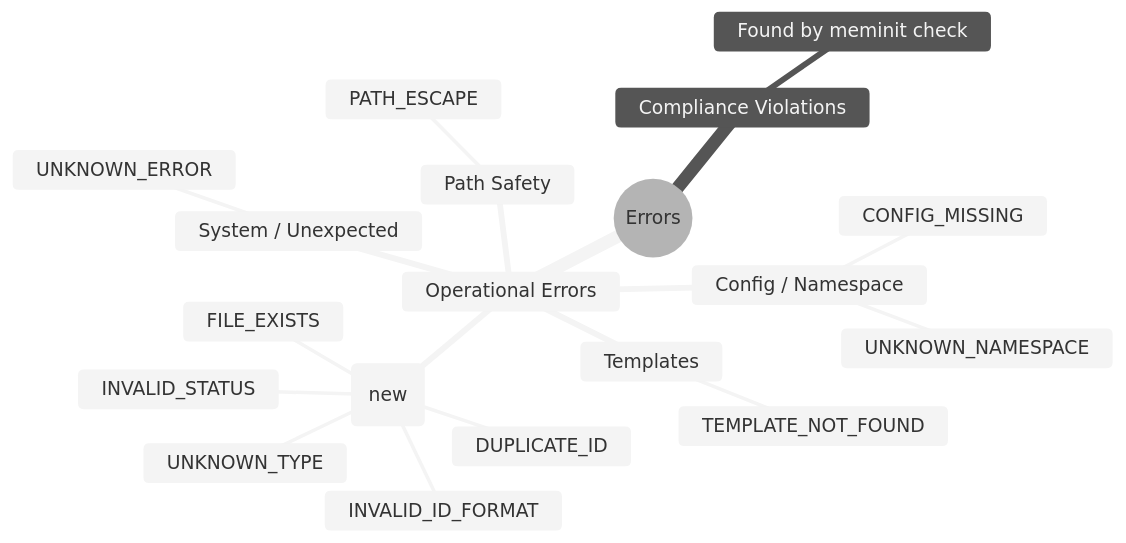
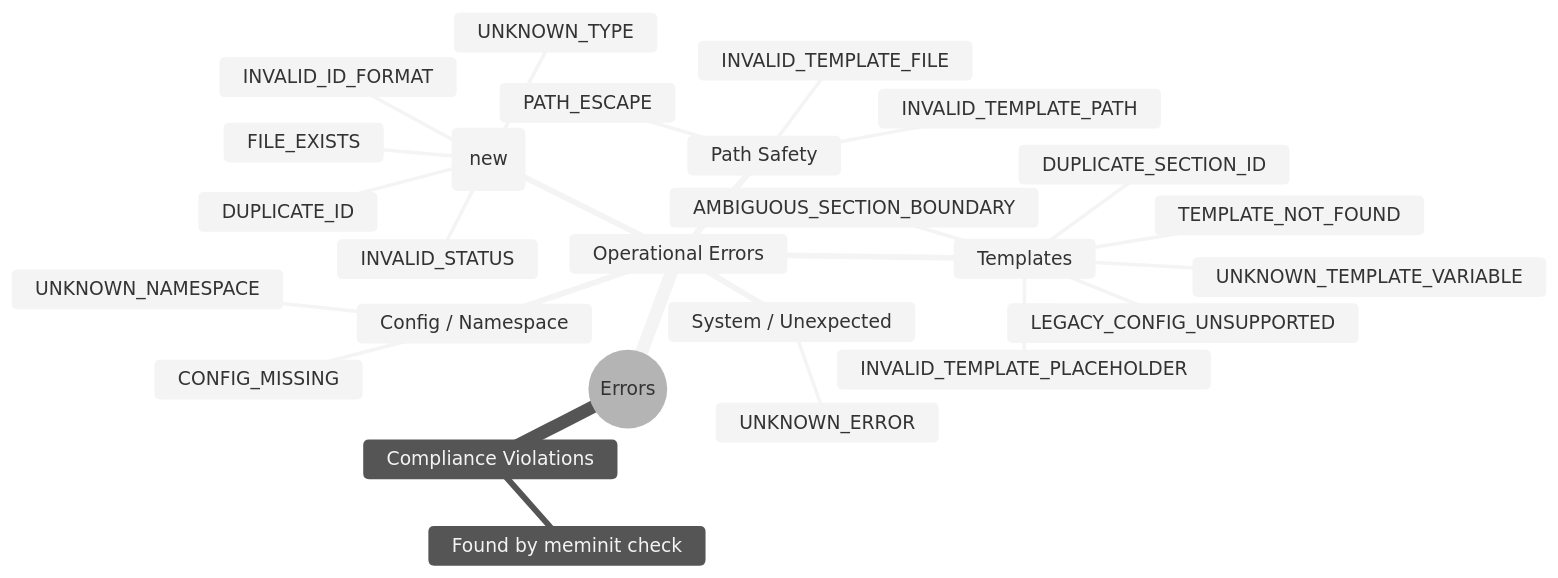
The fifth of 6 diagrams in docs/10-prd/prd-006-document-templates.md (GitCmurf/meminit), drawn with Mermaid (neutral theme) before and after one commit. The commit also changed other lines of this file and 1 other file, not shown here.

````diff
--- a/docs/10-prd/prd-006-document-templates.md
+++ b/docs/10-prd/prd-006-document-templates.md
@@ -3210,22 +3320,29 @@
 ```mermaid
 mindmap
   root((Errors))
     Operational Errors
       Config / Namespace
         CONFIG_MISSING
         UNKNOWN_NAMESPACE
       Document Factory (new)
         UNKNOWN_TYPE
         INVALID_ID_FORMAT
         DUPLICATE_ID
         FILE_EXISTS
         INVALID_STATUS
       Path Safety
         PATH_ESCAPE
+        INVALID_TEMPLATE_PATH
+        INVALID_TEMPLATE_FILE
       Templates
         TEMPLATE_NOT_FOUND
+        LEGACY_CONFIG_UNSUPPORTED
+        INVALID_TEMPLATE_PLACEHOLDER
+        UNKNOWN_TEMPLATE_VARIABLE
+        DUPLICATE_SECTION_ID
+        AMBIGUOUS_SECTION_BOUNDARY
       System / Unexpected
         UNKNOWN_ERROR
     Compliance Violations
       Found by meminit check
 ```
````
